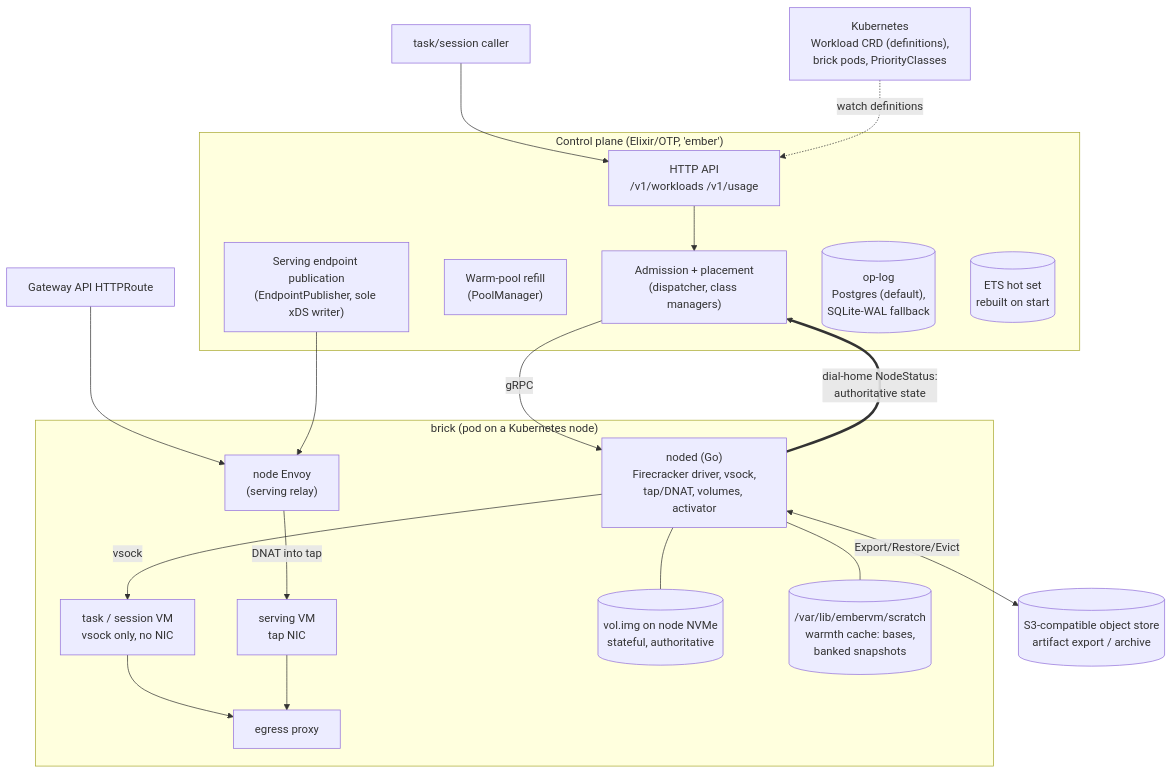
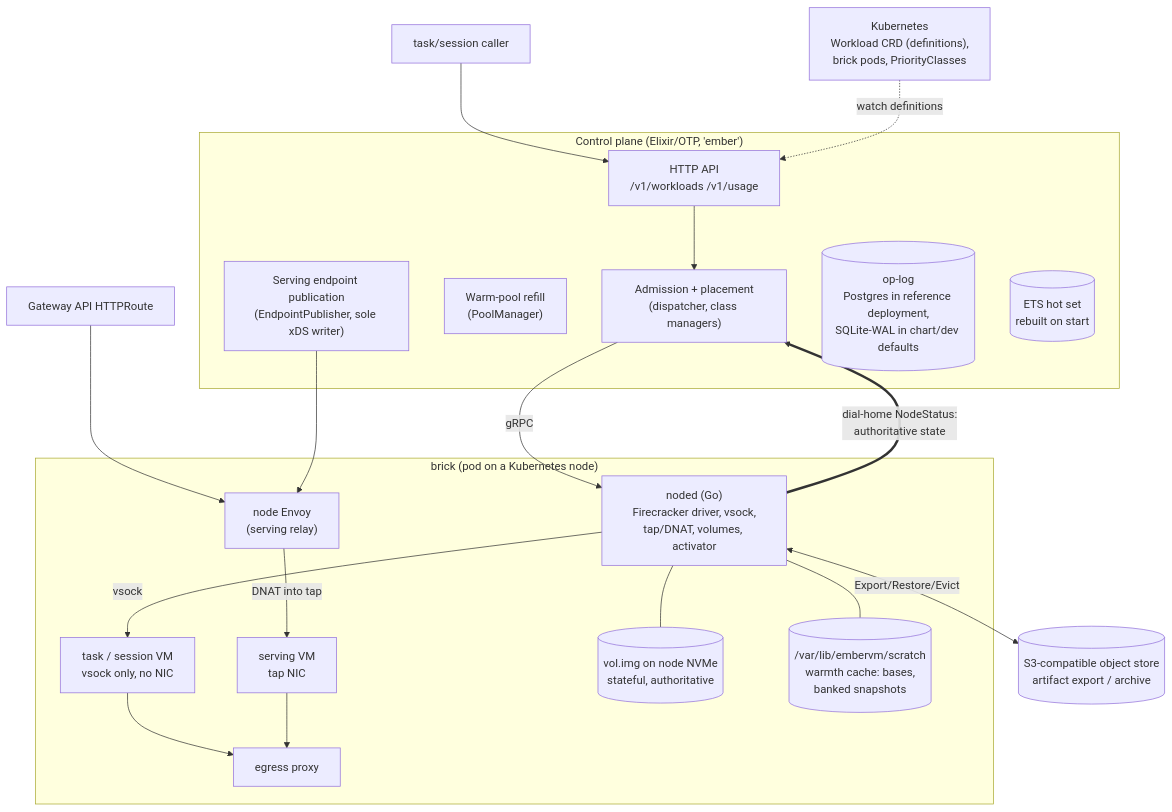
The first of 6 diagrams in projects/embervm/ARCHITECTURE.md (jomcgi-org/homelab), drawn with Mermaid before and after one commit. The commit also changed 3 other files, not shown here.

````diff
--- a/projects/embervm/ARCHITECTURE.md
+++ b/projects/embervm/ARCHITECTURE.md
@@ -122,37 +122,37 @@
 ```mermaid
 graph TB
     subgraph cp ["Control plane (Elixir/OTP, 'ember')"]
         API["HTTP API<br/>/v1/workloads /v1/usage"]
         DISP["Admission + placement<br/>(dispatcher, class managers)"]
         POOL["Warm-pool refill<br/>(PoolManager)"]
         XDS["Serving endpoint publication<br/>(EndpointPublisher, sole xDS writer)"]
-        OPLOG[("op-log<br/>Postgres (default),<br/>SQLite-WAL fallback")]
+        OPLOG[("op-log<br/>Postgres in reference deployment,<br/>SQLite-WAL in chart/dev defaults")]
         ETS[("ETS hot set<br/>rebuilt on start")]
     end
 
     subgraph node ["brick (pod on a Kubernetes node)"]
         NODED["noded (Go)<br/>Firecracker driver, vsock,<br/>tap/DNAT, volumes, activator"]
         ENVOY["node Envoy<br/>(serving relay)"]
         PROXY["egress proxy"]
         VM1["task / session VM<br/>vsock only, no NIC"]
         VM2["serving VM<br/>tap NIC"]
         VOL[("vol.img on node NVMe<br/>stateful, authoritative")]
         SCRATCH[("/var/lib/embervm/scratch<br/>warmth cache: bases,<br/>banked snapshots")]
     end
 
     S3[("S3-compatible object store<br/>artifact export / archive")]
     K8S["Kubernetes<br/>Workload CRD (definitions),<br/>brick pods, PriorityClasses"]
 
     CALLER["task/session caller"] --> API
     API --> DISP -->|gRPC| NODED
     NODED -->|vsock| VM1
     EDGE["Gateway API HTTPRoute"] --> ENVOY
     XDS --> ENVOY
     ENVOY -->|DNAT into tap| VM2
     VM1 --> PROXY
     VM2 --> PROXY
     NODED ==>|dial-home NodeStatus:<br/>authoritative state| DISP
     NODED <-->|Export/Restore/Evict| S3
     NODED --- VOL & SCRATCH
     K8S -.->|watch definitions| API
 ```
````
